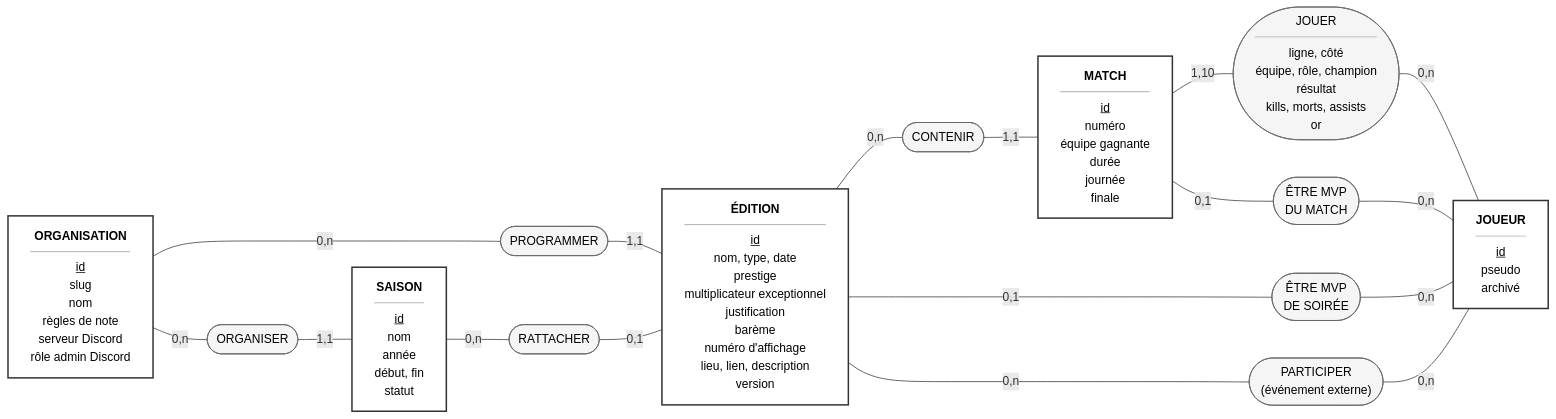
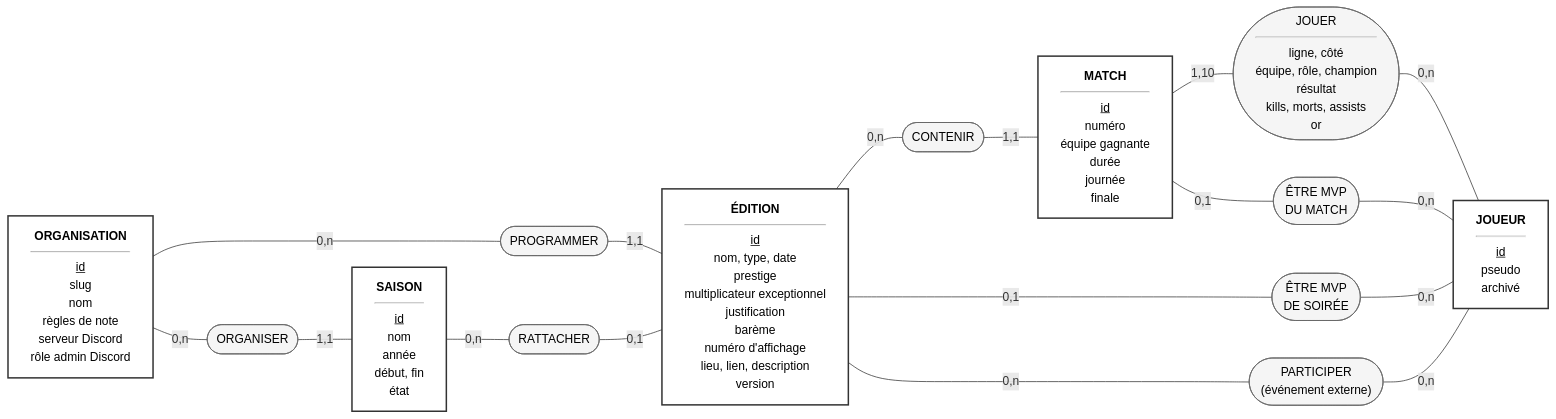
One commit to Charkx/Arrakard changed the first of 4 diagrams in docs/architecture/data-model.md. Above: the diagram before and after it, drawn with Mermaid. The commit also changed other lines of this file and 3 other files, not shown here.

````diff
--- a/docs/architecture/data-model.md
+++ b/docs/architecture/data-model.md
@@ -35,29 +35,29 @@
 ```mermaid
 flowchart LR
   classDef entity fill:#fff,stroke:#333,stroke-width:2px,color:#000
   classDef assoc fill:#f5f5f5,stroke:#666,color:#000
 
   ORG["<b>ORGANISATION</b><hr/><u>id</u><br/>slug<br/>nom<br/>règles de note<br/>serveur Discord<br/>rôle admin Discord"]:::entity
-  SAISON["<b>SAISON</b><hr/><u>id</u><br/>nom<br/>année<br/>début, fin<br/>statut"]:::entity
+  SAISON["<b>SAISON</b><hr/><u>id</u><br/>nom<br/>année<br/>début, fin<br/>état"]:::entity
   EDITION["<b>ÉDITION</b><hr/><u>id</u><br/>nom, type, date<br/>prestige<br/>multiplicateur exceptionnel<br/>justification<br/>barème<br/>numéro d'affichage<br/>lieu, lien, description<br/>version"]:::entity
   MATCH["<b>MATCH</b><hr/><u>id</u><br/>numéro<br/>équipe gagnante<br/>durée<br/>journée<br/>finale"]:::entity
   JOUEUR["<b>JOUEUR</b><hr/><u>id</u><br/>pseudo<br/>archivé"]:::entity
 
   organiser(["ORGANISER"]):::assoc
   accueillir(["PROGRAMMER"]):::assoc
   rattacher(["RATTACHER"]):::assoc
   contenir(["CONTENIR"]):::assoc
   jouer(["JOUER<hr/>ligne, côté<br/>équipe, rôle, champion<br/>résultat<br/>kills, morts, assists<br/>or"]):::assoc
   mvpMatch(["ÊTRE MVP<br/>DU MATCH"]):::assoc
   mvpEdition(["ÊTRE MVP<br/>DE SOIRÉE"]):::assoc
   participer(["PARTICIPER<br/>(événement externe)"]):::assoc
 
   ORG ---|"0,n"| organiser ---|"1,1"| SAISON
   ORG ---|"0,n"| accueillir ---|"1,1"| EDITION
   SAISON ---|"0,n"| rattacher ---|"0,1"| EDITION
   EDITION ---|"0,n"| contenir ---|"1,1"| MATCH
   MATCH ---|"1,10"| jouer ---|"0,n"| JOUEUR
   MATCH ---|"0,1"| mvpMatch ---|"0,n"| JOUEUR
   EDITION ---|"0,1"| mvpEdition ---|"0,n"| JOUEUR
   EDITION ---|"0,n"| participer ---|"0,n"| JOUEUR
 ```
````
